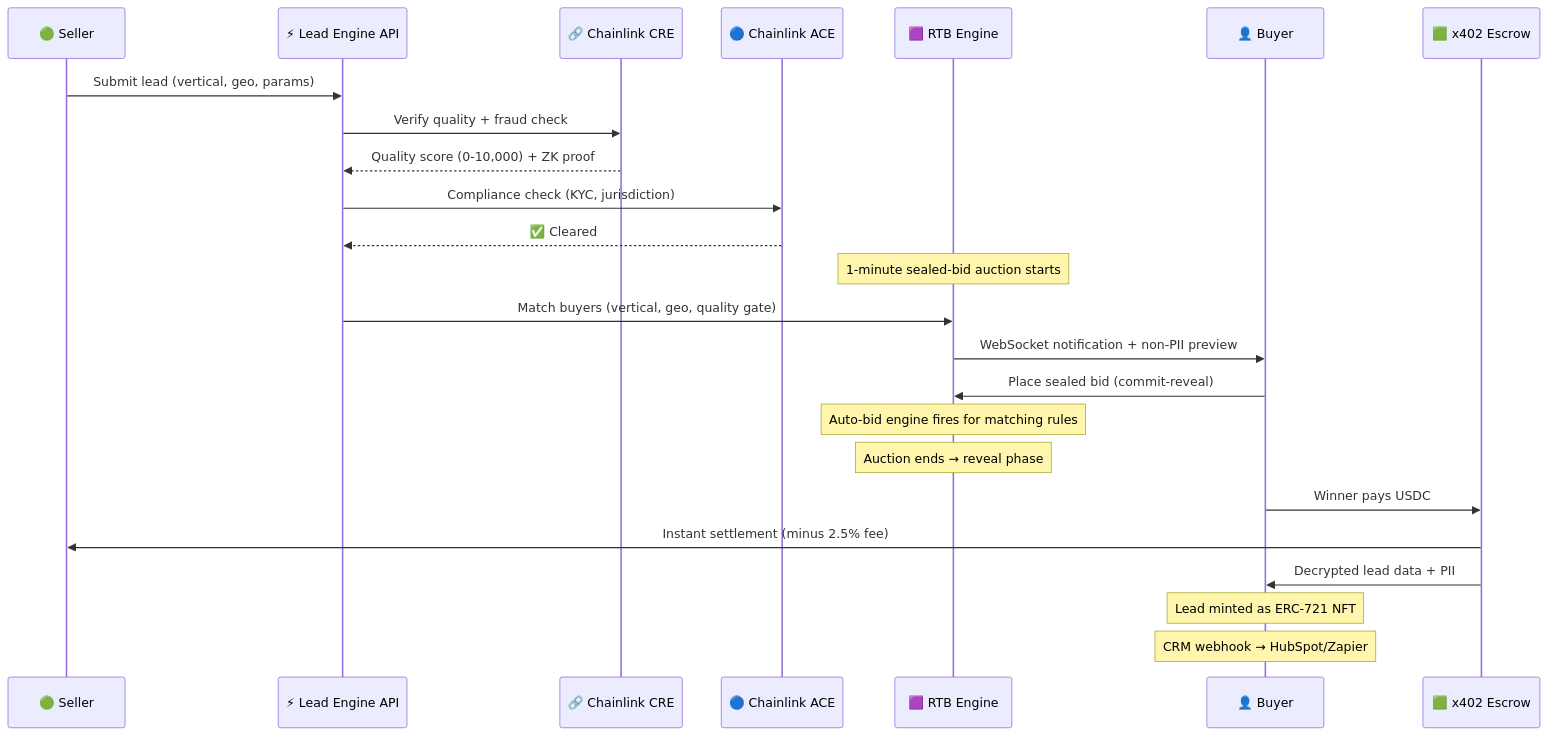
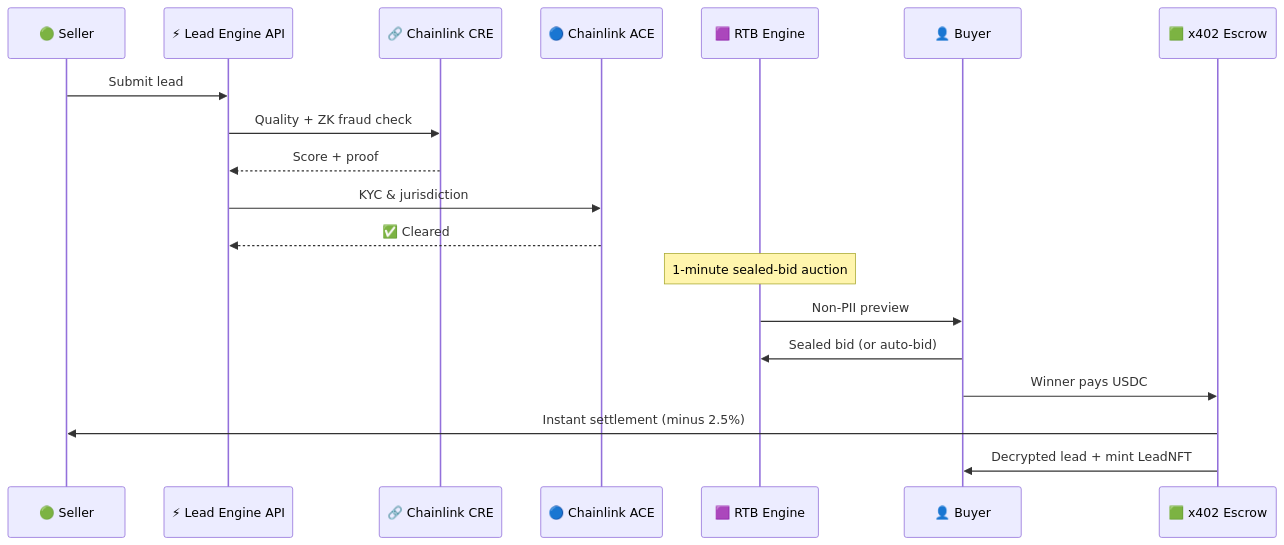
One commit to bnmbnmai/lead-engine-cre changed the diagram in README.md. Above: the diagram before and after it, drawn with Mermaid. The commit also changed other lines of this file, not shown here.

````diff
--- a/README.md
+++ b/README.md
@@ -55,32 +51,25 @@
 ```mermaid
 sequenceDiagram
     participant S as 🟢 Seller
     participant API as ⚡ Lead Engine API
     participant CRE as 🔗 Chainlink CRE
     participant ACE as 🔵 Chainlink ACE
     participant RTB as 🟪 RTB Engine
     participant B as 👤 Buyer
     participant X as 🟩 x402 Escrow
 
-    S->>API: Submit lead (vertical, geo, params)
-    API->>CRE: Verify quality + fraud check
-    CRE-->>API: Quality score (0-10,000) + ZK proof
-    API->>ACE: Compliance check (KYC, jurisdiction)
+    S->>API: Submit lead
+    API->>CRE: Quality + ZK fraud check
+    CRE-->>API: Score + proof
+    API->>ACE: KYC & jurisdiction
     ACE-->>API: ✅ Cleared
 
-    Note over RTB: 1-minute sealed-bid auction starts
+    Note over RTB: 1-minute sealed-bid auction
 
-    API->>RTB: Match buyers (vertical, geo, quality gate)
-    RTB->>B: WebSocket notification + non-PII preview
-    B->>RTB: Place sealed bid (commit-reveal)
-
-    Note over RTB: Auto-bid engine fires for matching rules
-    Note over RTB: Auction ends → reveal phase
+    RTB->>B: Non-PII preview
+    B->>RTB: Sealed bid (or auto-bid)
 
     B->>X: Winner pays USDC
-    X->>S: Instant settlement (minus 2.5% fee)
-    X->>B: Decrypted lead data + PII
-
-    Note over B: Lead minted as ERC-721 NFT
-    Note over B: CRM webhook → HubSpot/Zapier
+    X->>S: Instant settlement (minus 2.5%)
+    X->>B: Decrypted lead + mint LeadNFT
 ```
````
